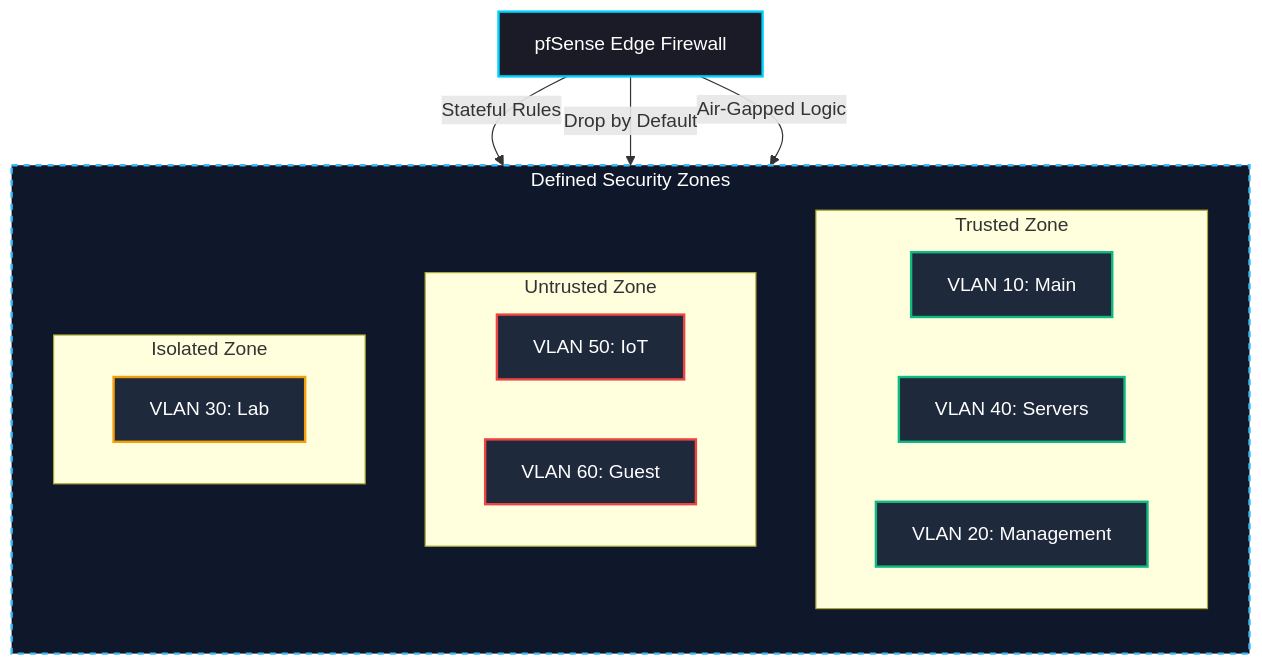
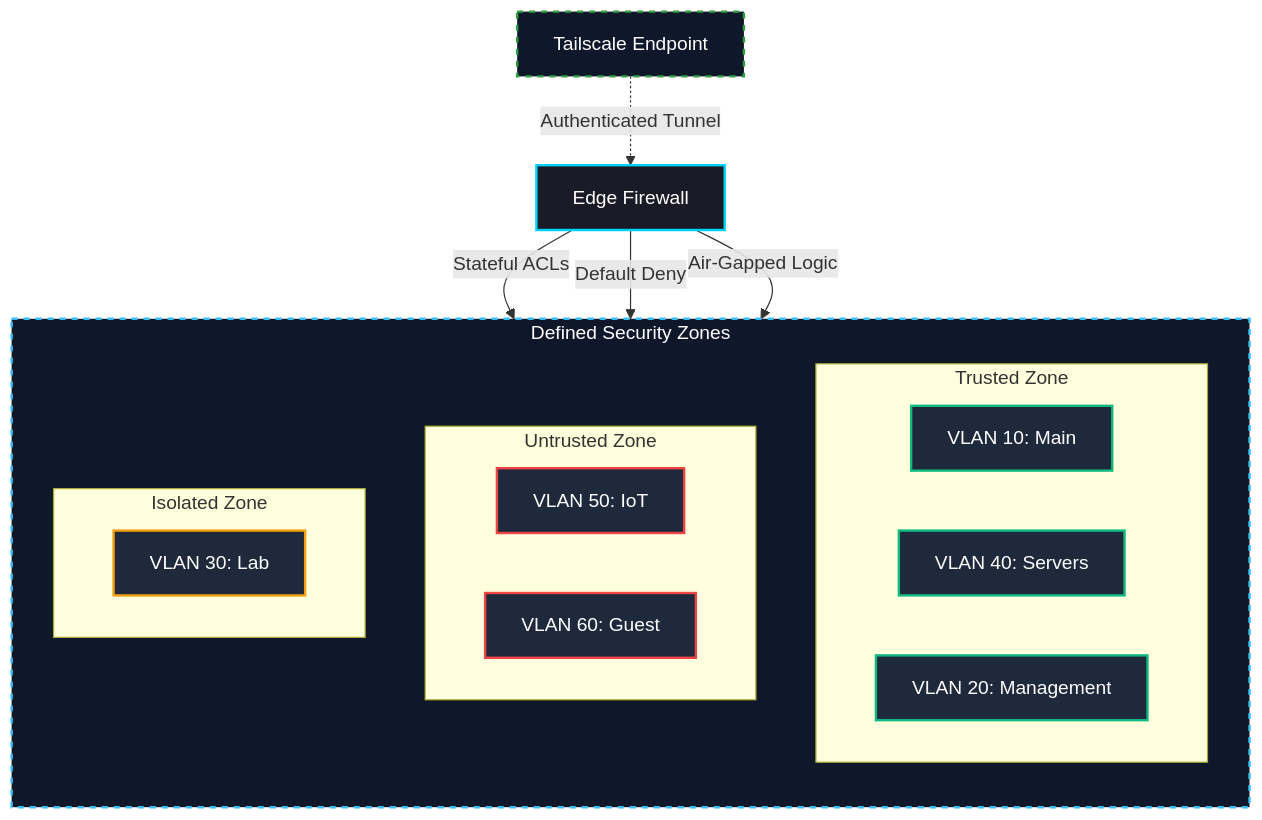
One commit to gurvinny/home-network-lab changed the diagram in security/README.md. Above: the diagram before and after it, drawn with Mermaid. The commit also changed other lines of this file and 14 other files, not shown here.

First line of the commit message:
docs: full restructure — pfSense Plus, Tailscale, DNS enforcement, SOC theme

````diff
--- a/security/README.md
+++ b/security/README.md
@@ -22,38 +21,40 @@
 ```mermaid
 flowchart TB
-    %% Cyber Sec Grey/Blue Theme Styling
+    %% Cyber Sec Grey/Blue Theme
     classDef firewall fill:#1a1b26,stroke:#00d2ff,stroke-width:2px,color:#ffffff;
     classDef zone fill:#0f172a,stroke:#38bdf8,stroke-width:2px,color:#ffffff,stroke-dasharray: 5 5;
     classDef trusted fill:#1e293b,stroke:#10b981,stroke-width:2px,color:#ffffff;
     classDef untrusted fill:#1e293b,stroke:#ef4444,stroke-width:2px,color:#ffffff;
     classDef isolated fill:#1e293b,stroke:#f59e0b,stroke-width:2px,color:#ffffff;
+    classDef vpn fill:#0f172a,stroke:#2ea043,stroke-width:2px,color:#ffffff,stroke-dasharray: 5 5;
 
-    FW["pfSense Edge Firewall"]:::firewall
+    FW["Edge Firewall"]:::firewall
+    RemoteAccess["Tailscale Endpoint"]:::vpn -.->|"Authenticated Tunnel"| FW
 
     subgraph Security_Zones ["Defined Security Zones"]
         direction TB
 
         subgraph Trusted_Zone ["Trusted Zone"]
             direction LR
             VLAN10["VLAN 10: Main"]:::trusted
             VLAN40["VLAN 40: Servers"]:::trusted
             VLAN20["VLAN 20: Management"]:::trusted
         end
 
         subgraph Untrusted_Zone ["Untrusted Zone"]
             direction LR
             VLAN50["VLAN 50: IoT"]:::untrusted
             VLAN60["VLAN 60: Guest"]:::untrusted
         end
 
         subgraph Isolated_Zone ["Isolated Zone"]
             direction LR
             VLAN30["VLAN 30: Lab"]:::isolated
         end
     end
     class Security_Zones zone;
 
-    FW -->|"Stateful Rules"| Trusted_Zone
-    FW -->|"Drop by Default"| Untrusted_Zone
+    FW -->|"Stateful ACLs"| Trusted_Zone
+    FW -->|"Default Deny"| Untrusted_Zone
     FW -->|"Air-Gapped Logic"| Isolated_Zone
 ```
````
